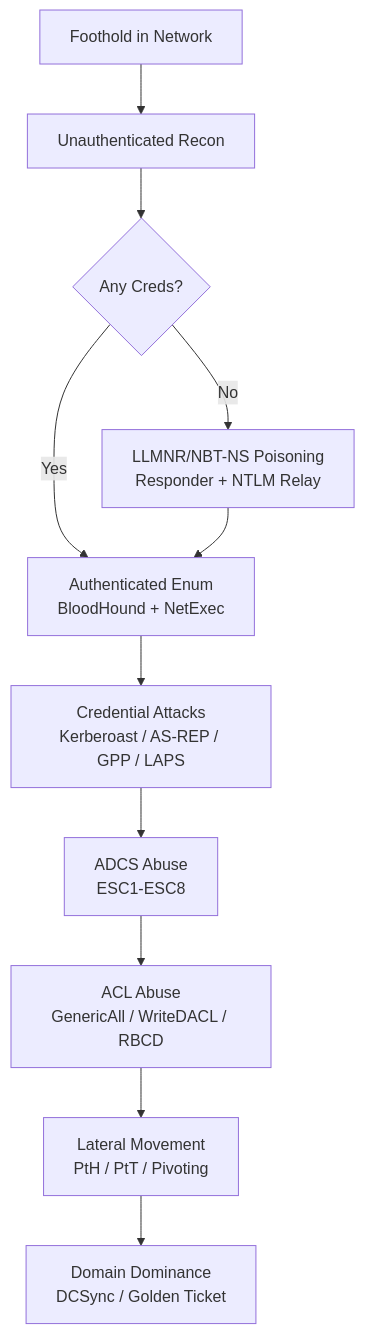
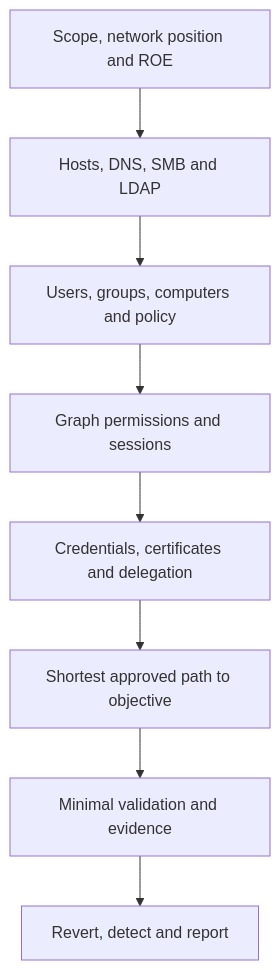
One commit to 0x3xp10i73r/offsec-vault changed the diagram in docs/active-directory/index.md. Above: the diagram before and after it, drawn with Mermaid. The commit also changed other lines of this file and 172 other files, not shown here.

````diff
--- a/docs/active-directory/index.md
+++ b/docs/active-directory/index.md
@@ -20,13 +21,10 @@
 ```mermaid
 flowchart TD
-    A[Foothold in Network] --> B[Unauthenticated Recon]
-    B --> C{Any Creds?}
-    C -->|No| D[LLMNR/NBT-NS Poisoning<br/>Responder + NTLM Relay]
-    C -->|Yes| E[Authenticated Enum<br/>BloodHound + NetExec]
-    D --> E
-    E --> F[Credential Attacks<br/>Kerberoast / AS-REP / GPP / LAPS]
-    F --> G[ADCS Abuse<br/>ESC1-ESC8]
-    G --> H[ACL Abuse<br/>GenericAll / WriteDACL / RBCD]
-    H --> I[Lateral Movement<br/>PtH / PtT / Pivoting]
-    I --> J[Domain Dominance<br/>DCSync / Golden Ticket]
+    A[Scope, network position and ROE] --> B[Hosts, DNS, SMB and LDAP]
+    B --> C[Users, groups, computers and policy]
+    C --> D[Graph permissions and sessions]
+    D --> E[Credentials, certificates and delegation]
+    E --> F[Shortest approved path to objective]
+    F --> G[Minimal validation and evidence]
+    G --> H[Revert, detect and report]
 ```
````
